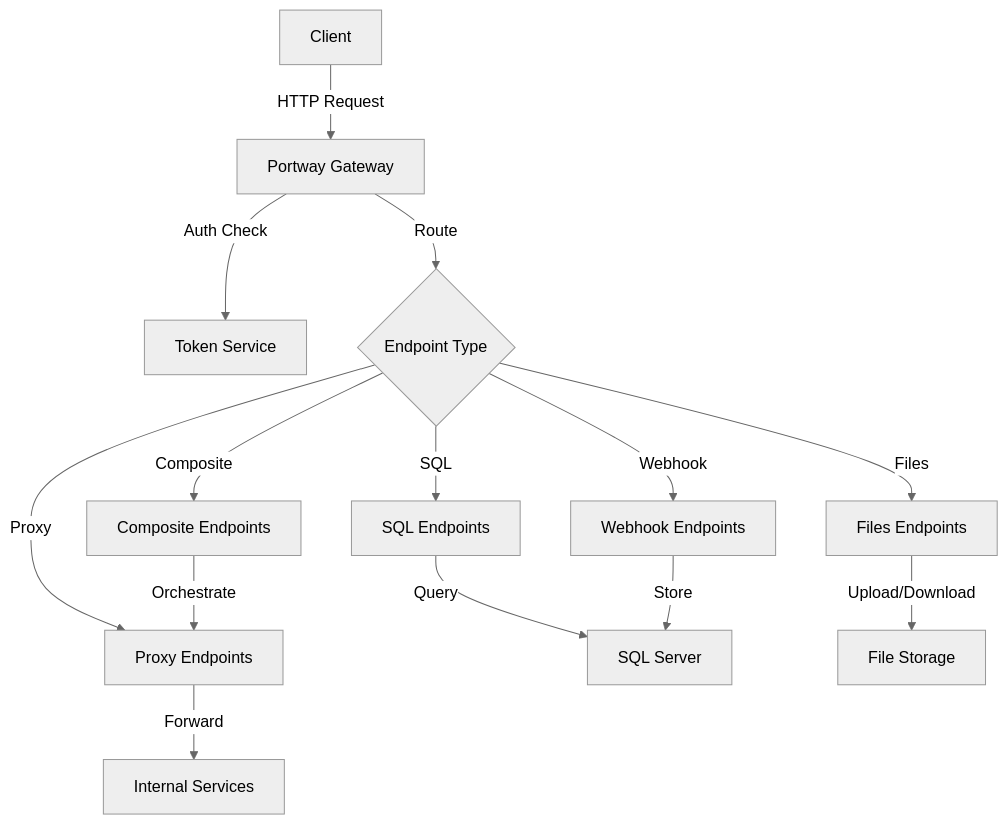
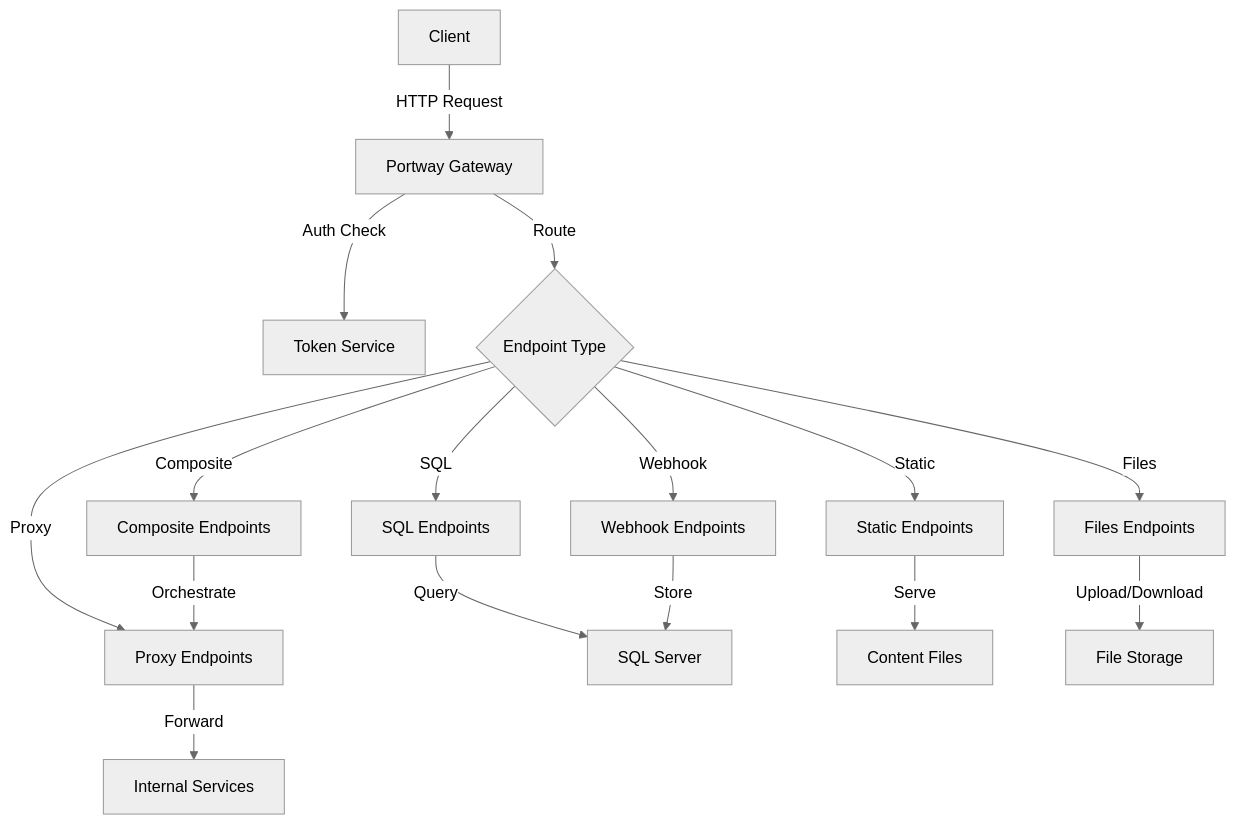
One commit to melosso/portway changed the diagram in Documentation/docs/reference/index.md. Above: the diagram before and after it, drawn with Mermaid (neutral theme). The commit also changed other lines of this file and 51 other files, not shown here.

````diff
--- a/Documentation/docs/reference/index.md
+++ b/Documentation/docs/reference/index.md
@@ -9,16 +9,18 @@
 ```mermaid
 graph TD
     A[Client] -->|HTTP Request| B[Portway Gateway]
     B -->|Auth Check| C[Token Service]
     B -->|Route| D{Endpoint Type}
     D -->|SQL| E[SQL Endpoints]
     D -->|Proxy| F[Proxy Endpoints]
+    D -->|Static| M[Static Endpoints]
     D -->|Composite| G[Composite Endpoints]
     D -->|Webhook| H[Webhook Endpoints]
     D -->|Files| K[Files Endpoints]
     E -->|Query| I[SQL Server]
     F -->|Forward| J[Internal Services]
+    M -->|Serve| N[Content Files]
     G -->|Orchestrate| F
     H -->|Store| I
     K -->|Upload/Download| L[File Storage]
 ```
````
